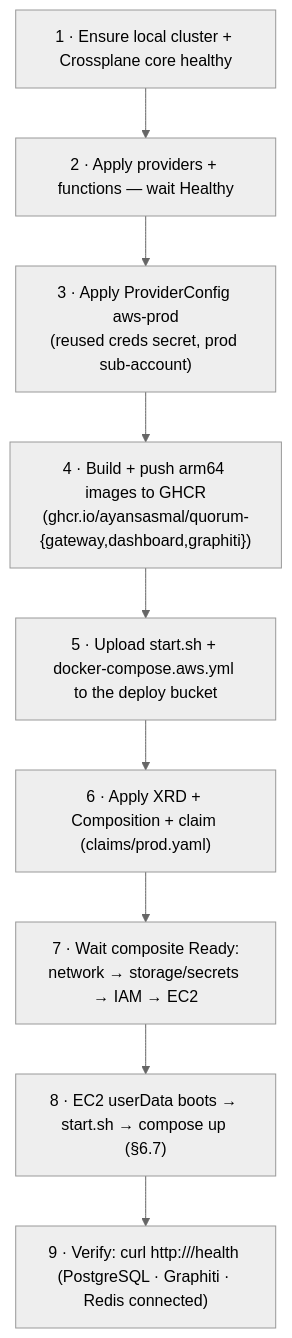
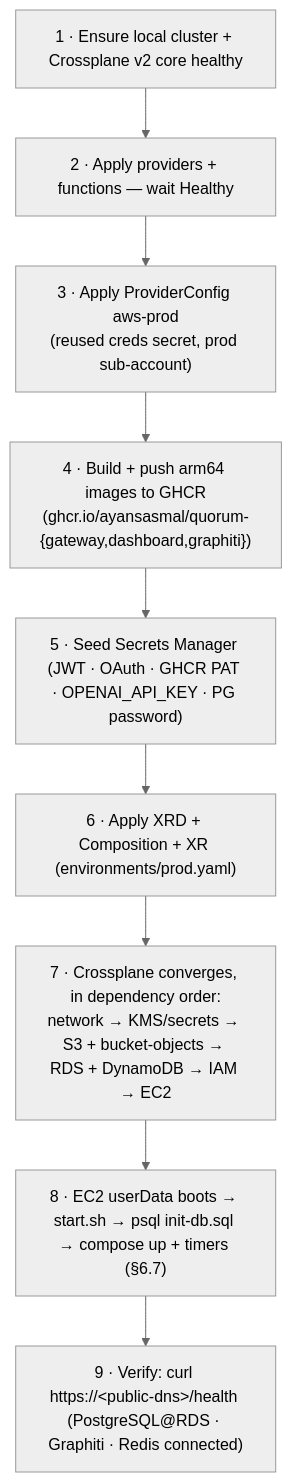
The third of 3 diagrams in docs/superpowers/specs/2026-06-11-quorum-aws-crossplane-deployment-design.md (ayansasmal/quorum), drawn with Mermaid (neutral theme) before and after one commit. The commit also changed other lines of this file, not shown here.

First line of the commit message:
docs(deploy): revise crossplane spec for v2.3, rds, and tls

````diff
--- a/docs/superpowers/specs/2026-06-11-quorum-aws-crossplane-deployment-design.md
+++ b/docs/superpowers/specs/2026-06-11-quorum-aws-crossplane-deployment-design.md
@@ -334,11 +442,11 @@
 ```mermaid
 flowchart TD
-    A["1 · Ensure local cluster + Crossplane core healthy"] --> B["2 · Apply providers + functions — wait Healthy"]
+    A["1 · Ensure local cluster + Crossplane v2 core healthy"] --> B["2 · Apply providers + functions — wait Healthy"]
     B --> C["3 · Apply ProviderConfig aws-prod<br/>(reused creds secret, prod sub-account)"]
     C --> D["4 · Build + push arm64 images to GHCR<br/>(ghcr.io/ayansasmal/quorum-{gateway,dashboard,graphiti})"]
-    D --> E["5 · Upload start.sh + docker-compose.aws.yml to the deploy bucket"]
-    E --> F["6 · Apply XRD + Composition + claim (claims/prod.yaml)"]
-    F --> G["7 · Wait composite Ready:<br/>network → storage/secrets → IAM → EC2"]
-    G --> H["8 · EC2 userData boots → start.sh → compose up (§6.7)"]
-    H --> I["9 · Verify: curl http://<EIP>/health (PostgreSQL · Graphiti · Redis connected)"]
+    D --> E["5 · Seed Secrets Manager (JWT · OAuth · GHCR PAT · OPENAI_API_KEY · PG password)"]
+    E --> F["6 · Apply XRD + Composition + XR (environments/prod.yaml)"]
+    F --> G["7 · Crossplane converges, in dependency order:<br/>network → KMS/secrets → S3 + bucket-objects → RDS + DynamoDB → IAM → EC2"]
+    G --> H["8 · EC2 userData boots → start.sh → psql init-db.sql → compose up + timers (§6.7)"]
+    H --> I["9 · Verify: curl https://&lt;public-dns&gt;/health (PostgreSQL@RDS · Graphiti · Redis connected)"]
 ```
````
